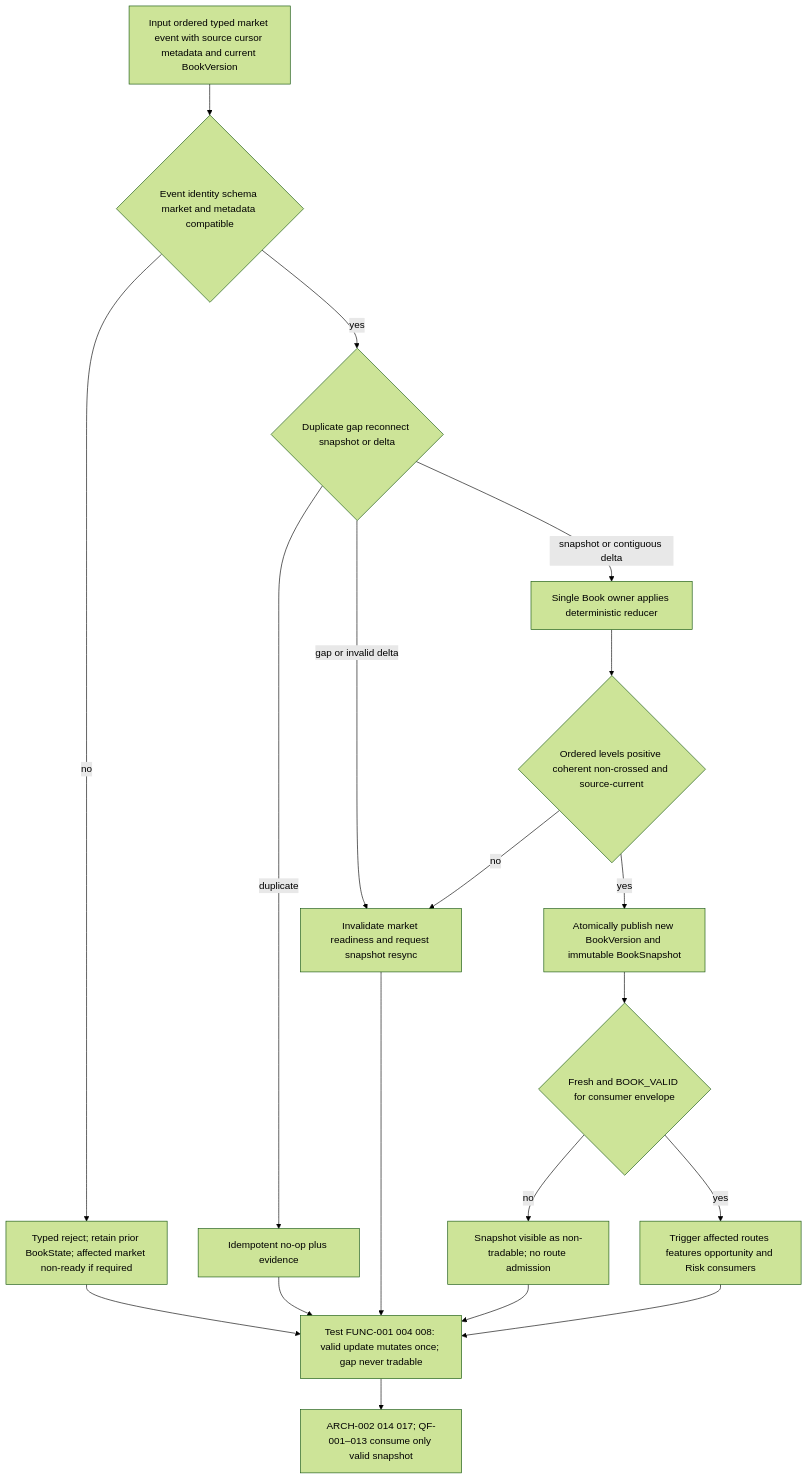
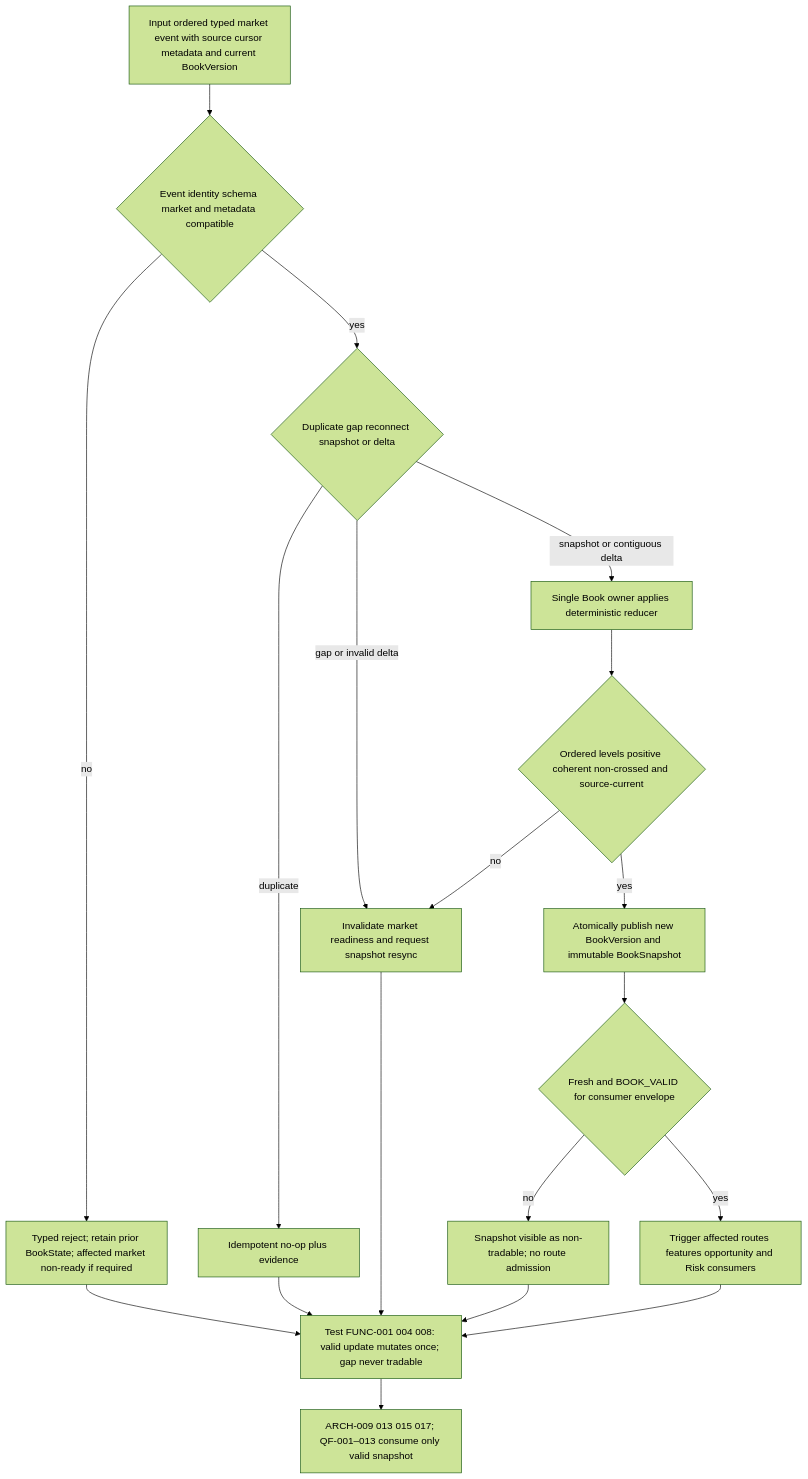
Before and after one commit to Insular2895/hyperliquid-arbitrage-bot: diagram 28 of 37 in docs_v2/deep-specs/architecture/15_ARCHITECTURE_VISUAL_ATLAS.md, drawn with Mermaid (forest theme). The commit also changed other lines of this file and 3 other files, not shown here.

````diff
--- a/docs_v2/deep-specs/architecture/15_ARCHITECTURE_VISUAL_ATLAS.md
+++ b/docs_v2/deep-specs/architecture/15_ARCHITECTURE_VISUAL_ATLAS.md
@@ -1049,21 +1061,21 @@
 ```mermaid
 flowchart TD
     I28["Input ordered typed market event with source cursor metadata and current BookVersion"] --> V28{"Event identity schema market and metadata compatible"}
     V28 -->|no| R28["Typed reject; retain prior BookState; affected market non-ready if required"]
     V28 -->|yes| D28{"Duplicate gap reconnect snapshot or delta"}
     D28 -->|duplicate| N28["Idempotent no-op plus evidence"]
     D28 -->|gap or invalid delta| G28["Invalidate market readiness and request snapshot resync"]
     D28 -->|snapshot or contiguous delta| P28["Single Book owner applies deterministic reducer"]
     P28 --> K28{"Ordered levels positive coherent non-crossed and source-current"}
     K28 -->|no| G28
     K28 -->|yes| O28["Atomically publish new BookVersion and immutable BookSnapshot"]
     O28 --> F28{"Fresh and BOOK_VALID for consumer envelope"}
     F28 -->|no| S28["Snapshot visible as non-tradable; no route admission"]
     F28 -->|yes| A28["Trigger affected routes features opportunity and Risk consumers"]
     A28 --> T28["Test FUNC-001 004 008: valid update mutates once; gap never tradable"]
     R28 --> T28
     N28 --> T28
     G28 --> T28
     S28 --> T28
-    T28 --> Z28["ARCH-002 014 017; QF-001–013 consume only valid snapshot"]
+    T28 --> Z28["ARCH-009 013 015 017; QF-001–013 consume only valid snapshot"]
 ```
````
